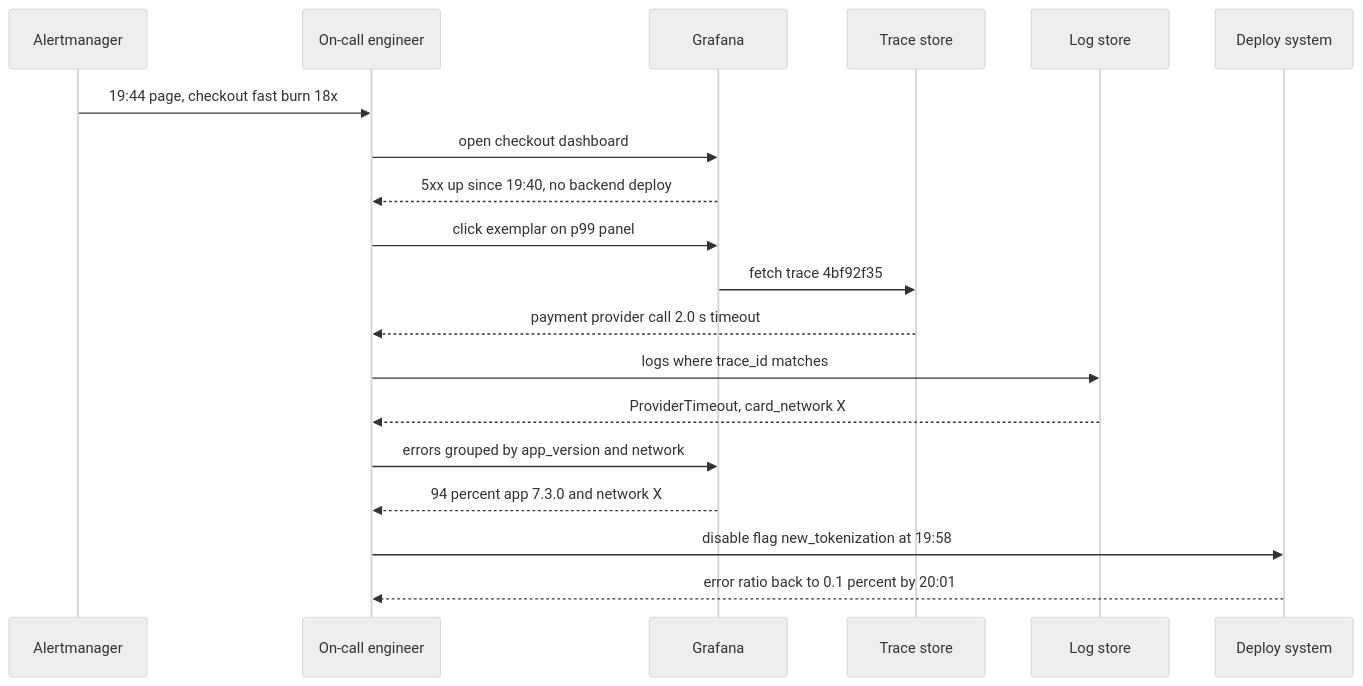
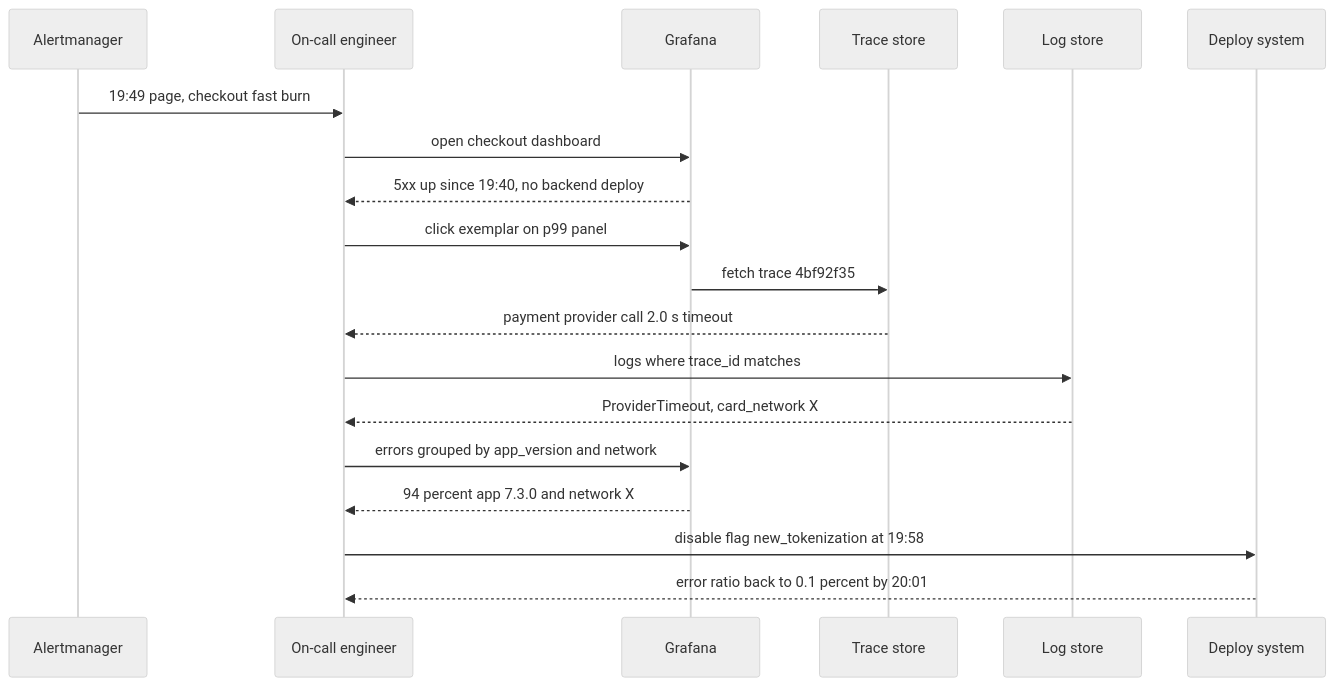
Before and after one commit to Sampath1-1-1/System-Design: diagram 14 of 15 in manuscript/book1-traditional/40-observability.md, drawn with Mermaid (neutral theme). The commit also changed other lines of this file and 1 other file, not shown here.

````diff
--- a/manuscript/book1-traditional/40-observability.md
+++ b/manuscript/book1-traditional/40-observability.md
@@ -1154,21 +1154,21 @@
 ```mermaid
 sequenceDiagram
   participant AM as Alertmanager
   participant OC as On-call engineer
   participant GF as Grafana
   participant TS as Trace store
   participant LS as Log store
   participant CD as Deploy system
-  AM->>OC: 19:44 page, checkout fast burn 18x
+  AM->>OC: 19:49 page, checkout fast burn
   OC->>GF: open checkout dashboard
   GF-->>OC: 5xx up since 19:40, no backend deploy
   OC->>GF: click exemplar on p99 panel
   GF->>TS: fetch trace 4bf92f35
   TS-->>OC: payment provider call 2.0 s timeout
   OC->>LS: logs where trace_id matches
   LS-->>OC: ProviderTimeout, card_network X
   OC->>GF: errors grouped by app_version and network
   GF-->>OC: 94 percent app 7.3.0 and network X
   OC->>CD: disable flag new_tokenization at 19:58
   CD-->>OC: error ratio back to 0.1 percent by 20:01
 ```
````
